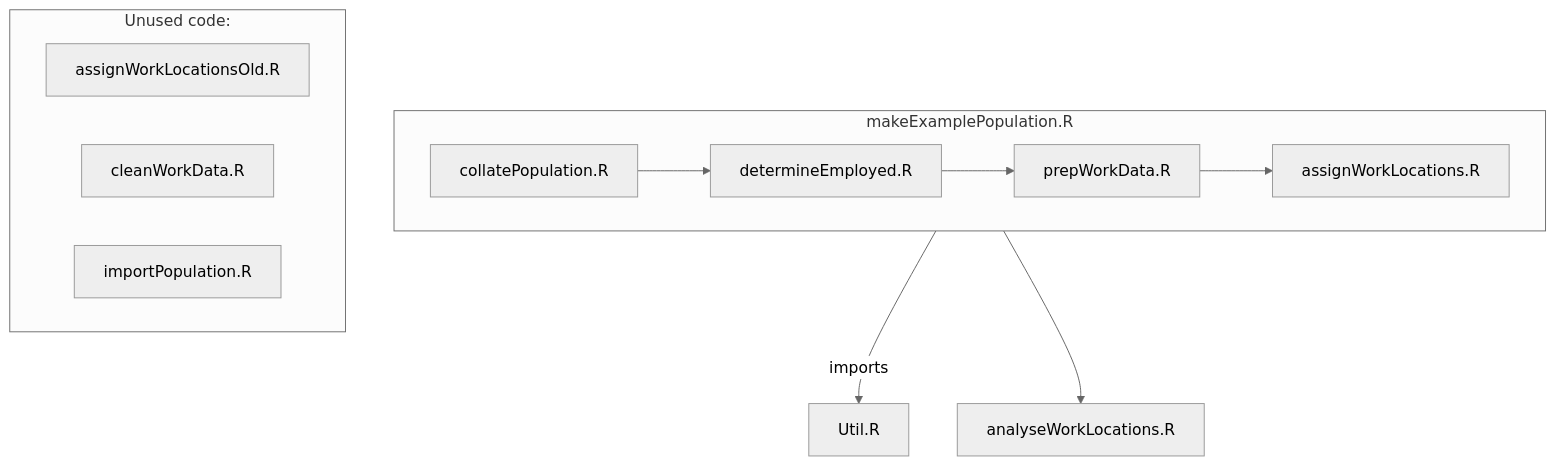
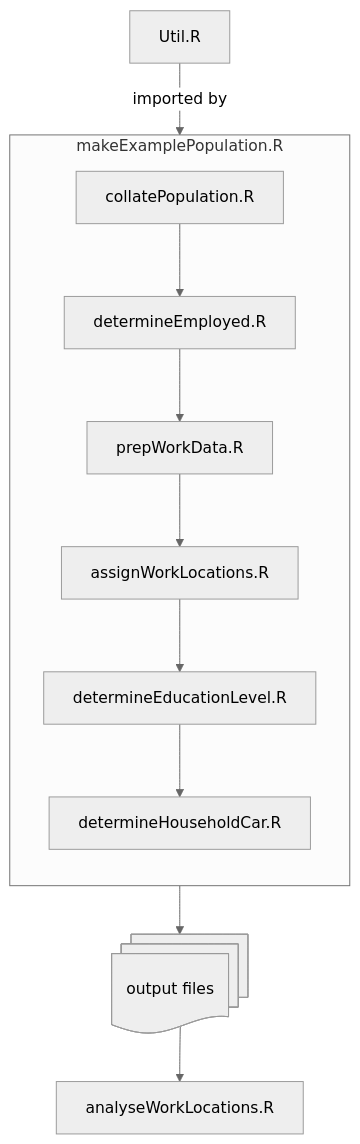
One commit to jibeproject/syntheticPopulationMelbourne changed the diagram in README.md. Above: the diagram before and after it, drawn with Mermaid (neutral theme).

````diff
--- a/README.md
+++ b/README.md
@@ -4,15 +4,16 @@
 ```mermaid
 flowchart TD
     subgraph makeExamplePopulation.R
-        direction LR 
-        collatePopulation.R --> determineEmployed.R --> prepWorkData.R --> assignWorkLocations.R
+        direction TB 
+        collatePopulation.R -->
+        determineEmployed.R -->
+        prepWorkData.R -->
+        assignWorkLocations.R -->
+        determineEducationLevel.R -->
+        determineHouseholdCar.R
     end
-    makeExamplePopulation.R<-- imports ---Util.R
-    makeExamplePopulation.R --> analyseWorkLocations.R
-    subgraph "Unused code":
-        direction LR
-        assignWorkLocationsOld.R
-        cleanWorkData.R
-        importPopulation.R
-    end
+    Util.R--imported by-->makeExamplePopulation.R
+    makeExamplePopulation.R -->
+    C@{ shape: docs, label: "output files"} -->
+    analyseWorkLocations.R
 ```
````
